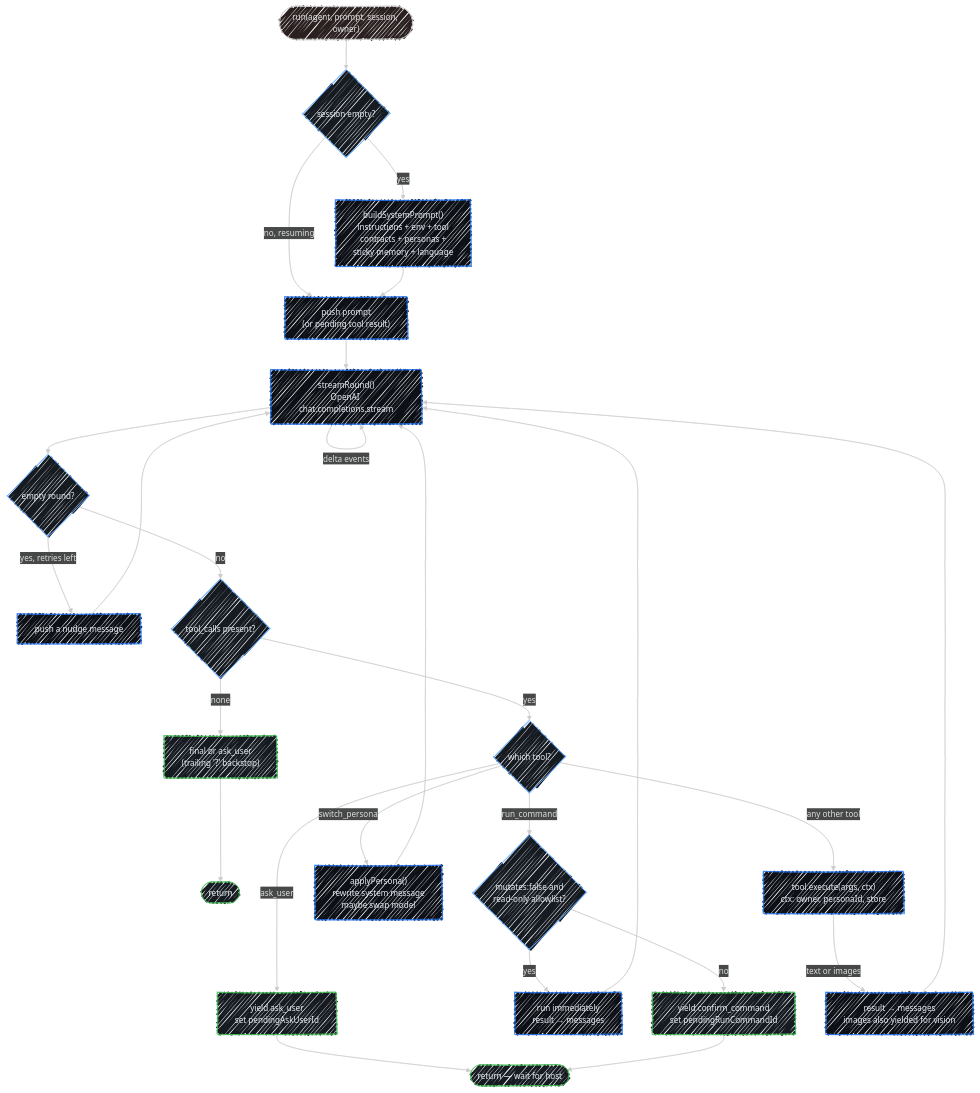
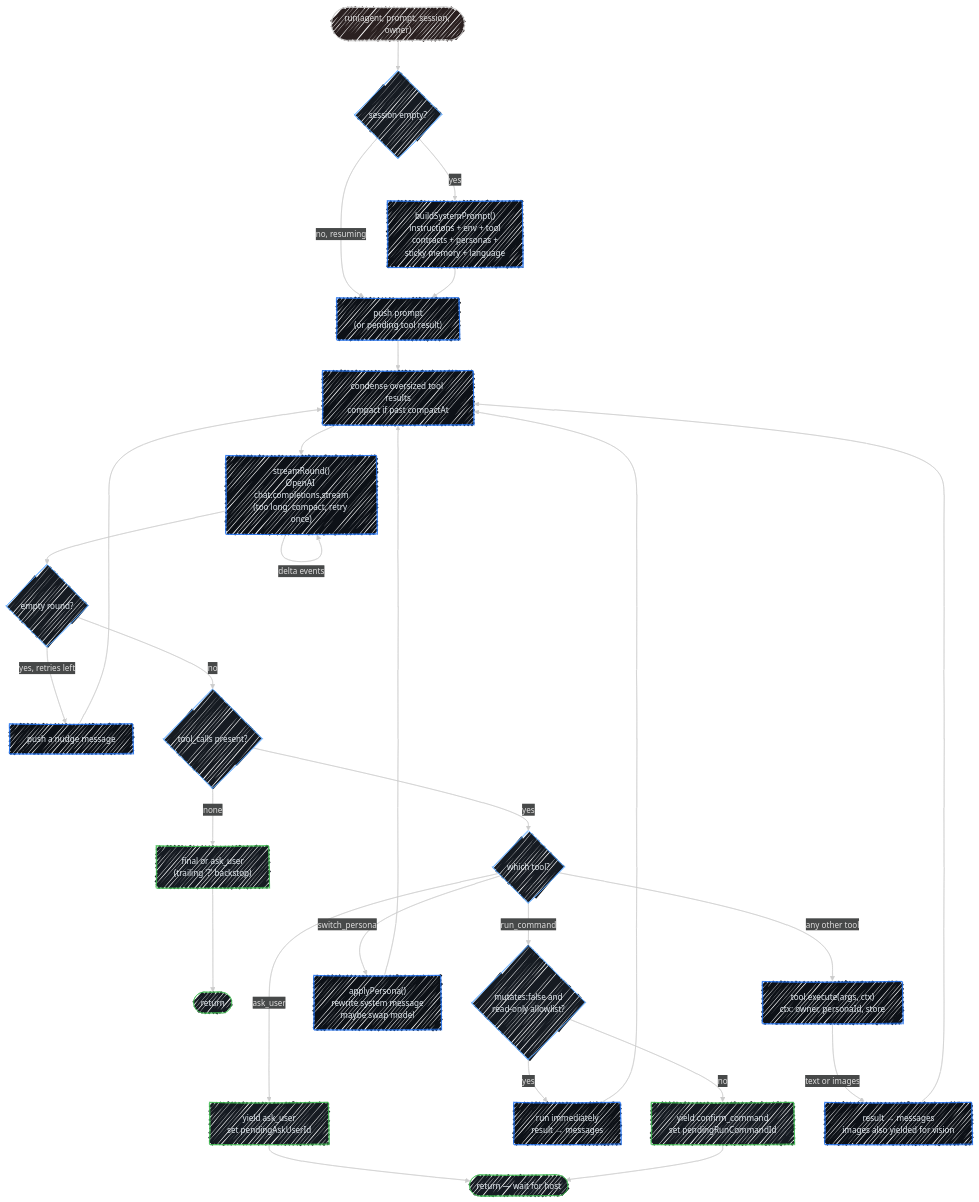
One commit to SubZtep/kaja changed the second of 2 diagrams in docs/development/nasi.md. Above: the diagram before and after it, drawn with Mermaid. The commit also changed other lines of this file and 53 other files, not shown here.

````diff
--- a/docs/development/nasi.md
+++ b/docs/development/nasi.md
@@ -130,37 +131,38 @@
 ```mermaid
 ---
 config:
   look: handDrawn
   theme: neo-dark
 ---
 flowchart TD
     Start(["run(agent, prompt, session, owner)"]) --> Sys{"session empty?"}
     Sys -->|yes| Build["buildSystemPrompt()\ninstructions + env + tool\ncontracts + personas +\nsticky memory + language"]
     Sys -->|no, resuming| Push
     Build --> Push["push prompt\n(or pending tool result)"]
 
-    Push --> Call["streamRound()\nOpenAI chat.completions.stream"]
+    Push --> Fit["condense oversized tool results\ncompact if past compactAt"]
+    Fit --> Call["streamRound()\nOpenAI chat.completions.stream\n(too long: compact, retry once)"]
     Call -->|"delta events"| Call
 
     Call --> Empty{"empty round?"}
-    Empty -->|"yes, retries left"| Nudge["push a nudge message"] --> Call
+    Empty -->|"yes, retries left"| Nudge["push a nudge message"] --> Fit
     Empty -->|no| Calls{"tool_calls present?"}
 
     Calls -->|none| Final["final or ask_user\n(trailing '?' backstop)"] --> Done(["return"])
 
     Calls -->|yes| Dispatch{"which tool?"}
     Dispatch -->|"ask_user"| AskEv["yield ask_user\nset pendingAskUserId"] --> Wait(["return — wait for host"])
     Dispatch -->|"run_command"| Risk{"mutates:false and\nread-only allowlist?"}
-    Risk -->|yes| AutoRun["run immediately\nresult → messages"] --> Call
+    Risk -->|yes| AutoRun["run immediately\nresult → messages"] --> Fit
     Risk -->|no| ConfirmEv["yield confirm_command\nset pendingRunCommandId"] --> Wait
-    Dispatch -->|"switch_persona"| Switch["applyPersona()\nrewrite system message\nmaybe swap model"] --> Call
+    Dispatch -->|"switch_persona"| Switch["applyPersona()\nrewrite system message\nmaybe swap model"] --> Fit
     Dispatch -->|"any other tool"| Exec["tool.execute(args, ctx)\nctx: owner, personaId, store"]
-    Exec -->|"text or images"| Result["result → messages\nimages also yielded for vision"] --> Call
+    Exec -->|"text or images"| Result["result → messages\nimages also yielded for vision"] --> Fit
 
     classDef decision fill:#161b22,stroke:#58a6ff,color:#e6edf3
     classDef action fill:#0d1117,stroke:#1f6feb,color:#e6edf3
     classDef stop fill:#161b22,stroke:#3fb950,color:#e6edf3
     class Sys,Empty,Calls,Dispatch,Risk decision
-    class Build,Push,Call,Nudge,AutoRun,Switch,Exec,Result action
+    class Build,Push,Fit,Call,Nudge,AutoRun,Switch,Exec,Result action
     class Final,Done,AskEv,Wait,ConfirmEv stop
 ```
````
